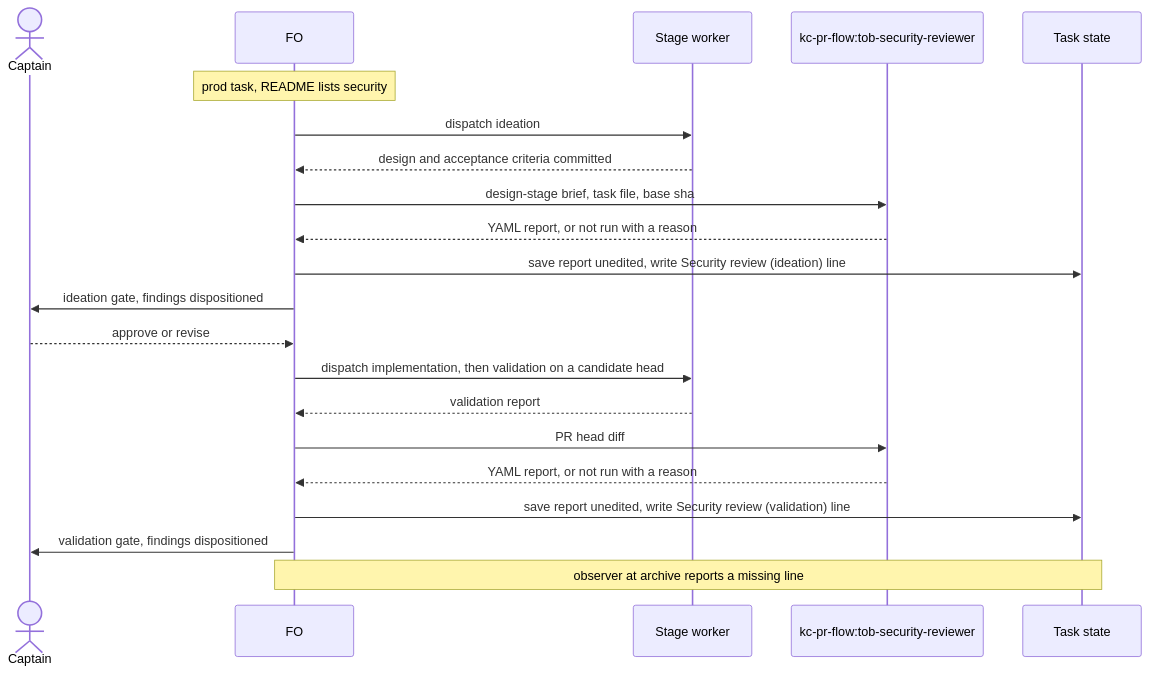
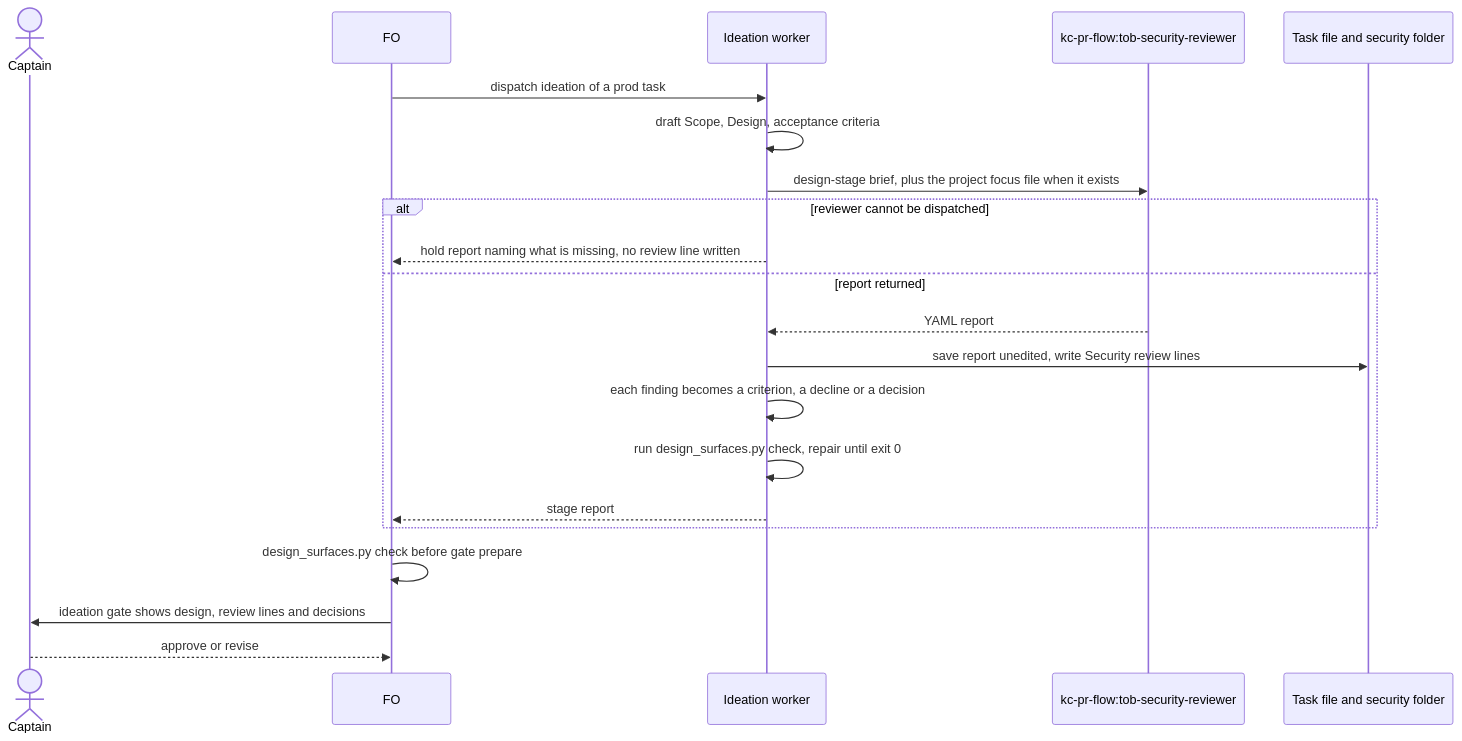
One commit to iamcxa/kc-claude-plugins changed the first of 2 diagrams in prod-security-review-gates.md. Above: the diagram before and after it, drawn with Mermaid. The commit also changed other lines of this file and 9 other files, not shown here.

Commit message:
state: prod-security-review-gates ideation cycle 2 (amendment 2 design, replay, report)

````diff
--- a/prod-security-review-gates.md
+++ b/prod-security-review-gates.md
@@ -149,23 +151,23 @@
 ```mermaid
 sequenceDiagram
     actor Captain
     participant FO
-    participant Worker as Stage worker
+    participant Worker as Ideation worker
     participant Rev as kc-pr-flow:tob-security-reviewer
-    participant State as Task state
-    Note over FO: prod task, README lists security
-    FO->>Worker: dispatch ideation
-    Worker-->>FO: design and acceptance criteria committed
-    FO->>Rev: design-stage brief, task file, base sha
-    Rev-->>FO: YAML report, or not run with a reason
-    FO->>State: save report unedited, write Security review (ideation) line
-    FO->>Captain: ideation gate, findings dispositioned
+    participant State as Task file and security folder
+    FO->>Worker: dispatch ideation of a prod task
+    Worker->>Worker: draft Scope, Design, acceptance criteria
+    Worker->>Rev: design-stage brief, plus the project focus file when it exists
+    alt reviewer cannot be dispatched
+        Worker-->>FO: hold report naming what is missing, no review line written
+    else report returned
+        Rev-->>Worker: YAML report
+        Worker->>State: save report unedited, write Security review lines
+        Worker->>Worker: each finding becomes a criterion, a decline or a decision
+        Worker->>Worker: run design_surfaces.py check, repair until exit 0
+        Worker-->>FO: stage report
+    end
+    FO->>FO: design_surfaces.py check before gate prepare
+    FO->>Captain: ideation gate shows design, review lines and decisions
     Captain-->>FO: approve or revise
-    FO->>Worker: dispatch implementation, then validation on a candidate head
-    Worker-->>FO: validation report
-    FO->>Rev: PR head diff
-    Rev-->>FO: YAML report, or not run with a reason
-    FO->>State: save report unedited, write Security review (validation) line
-    FO->>Captain: validation gate, findings dispositioned
-    Note over FO,State: observer at archive reports a missing line
 ```
````
